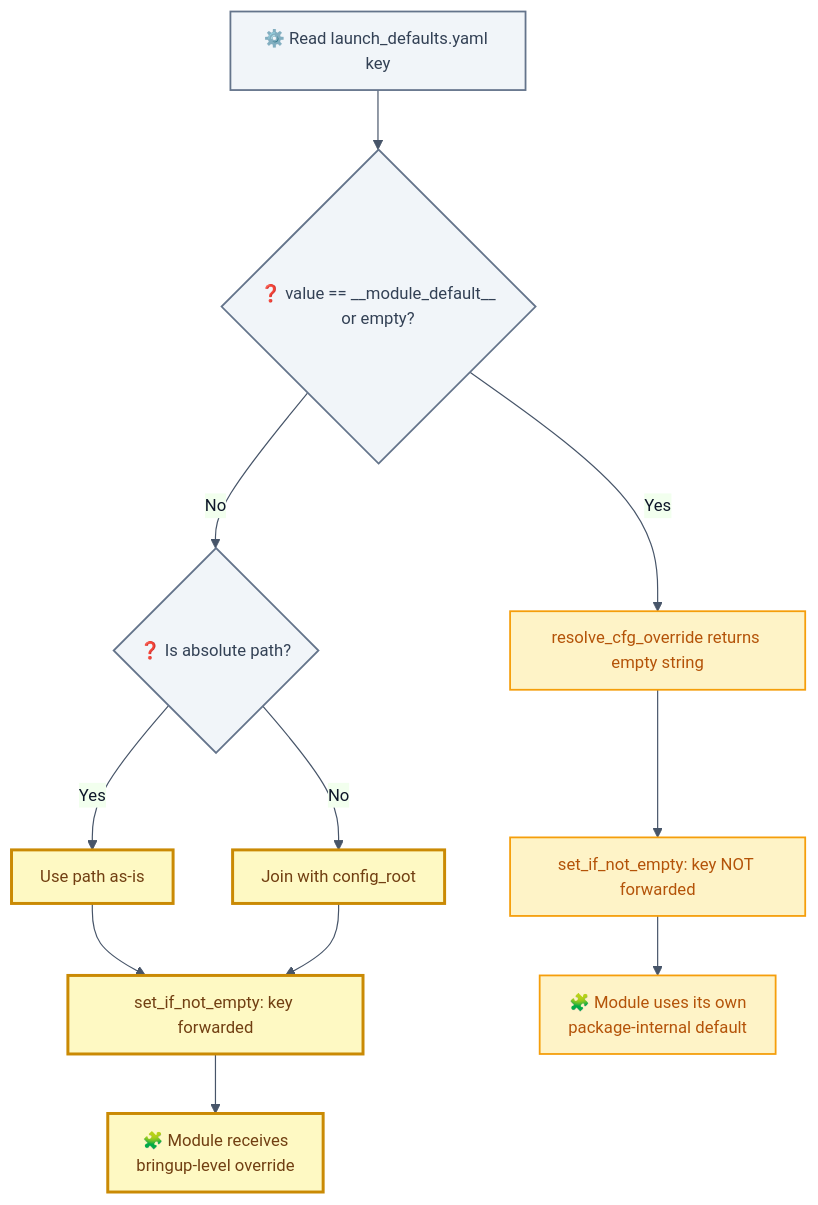
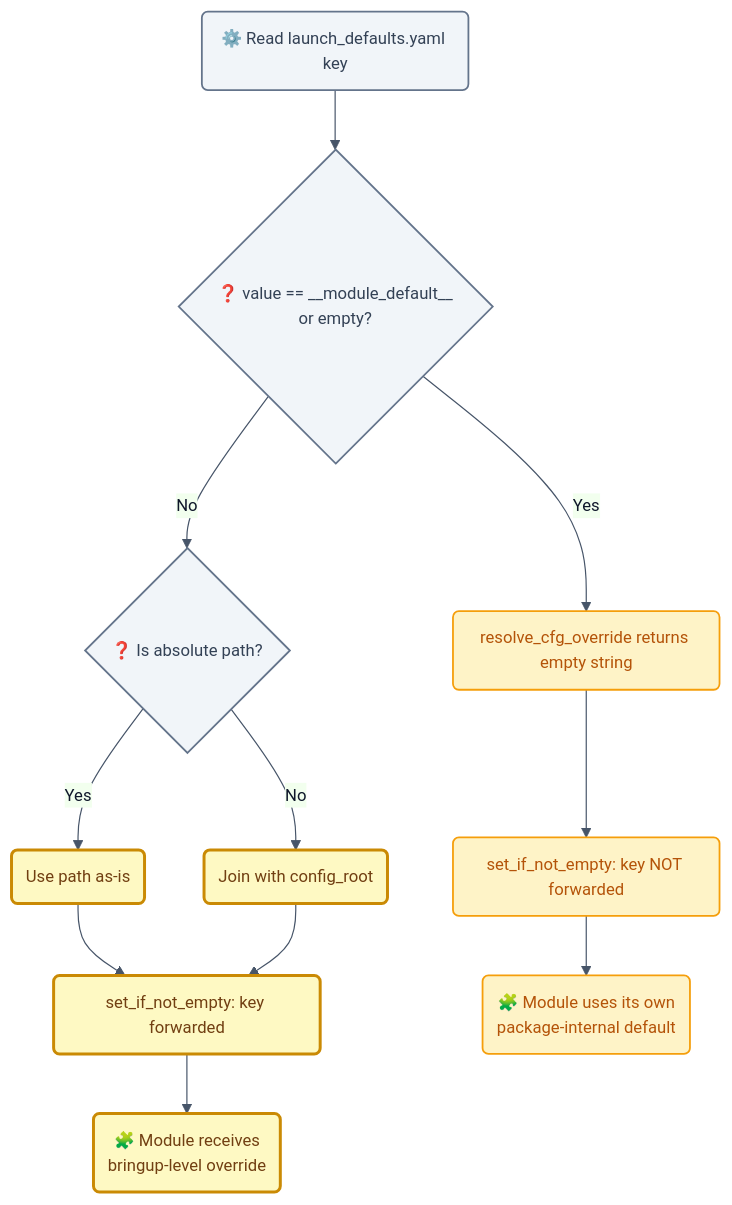
The third of 3 diagrams in camrod_bringup/README.md (hwanhonglee/CAMROD), drawn with Mermaid before and after one commit. The commit also changed other lines of this file and 12 other files, not shown here.

First line of the commit message:
docs(v4): unified Mermaid shape convention + runtime data flow diagram

````diff
--- a/camrod_bringup/README.md
+++ b/camrod_bringup/README.md
@@ -221,22 +221,22 @@
 ```mermaid
 %%{init: {'theme': 'base', 'themeVariables': {'fontFamily': 'ui-sans-serif, system-ui, sans-serif', 'fontSize': '14px', 'primaryColor': '#EEF2FF', 'primaryTextColor': '#0F172A', 'primaryBorderColor': '#6366F1', 'lineColor': '#475569'}, 'flowchart': {'curve': 'basis', 'htmlLabels': true, 'padding': 12}}}%%
 flowchart TD
   classDef mapping      fill:#FEF3C7,stroke:#F59E0B,stroke-width:1.5px,color:#B45309;
   classDef highlight    fill:#FEF9C3,stroke:#CA8A04,stroke-width:2.5px,color:#713F12;
   classDef system       fill:#F1F5F9,stroke:#64748B,stroke-width:1.5px,color:#334155;
 
-  A[⚙️ Read launch_defaults.yaml key] --> B{❓ value == __module_default__\nor empty?}
-  B -- Yes --> C[resolve_cfg_override returns empty string]
+  A(⚙️ Read launch_defaults.yaml key) --> B{❓ value == __module_default__\nor empty?}
+  B -- Yes --> C(resolve_cfg_override returns empty string)
   B -- No --> D{❓ Is absolute path?}
-  D -- Yes --> E[Use path as-is]
-  D -- No --> F[Join with config_root]
-  C --> G[set_if_not_empty: key NOT forwarded]
-  E --> H[set_if_not_empty: key forwarded]
+  D -- Yes --> E(Use path as-is)
+  D -- No --> F(Join with config_root)
+  C --> G(set_if_not_empty: key NOT forwarded)
+  E --> H(set_if_not_empty: key forwarded)
   F --> H
-  G --> I[🧩 Module uses its own\npackage-internal default]
-  H --> J[🧩 Module receives\nbringup-level override]
+  G --> I(🧩 Module uses its own\npackage-internal default)
+  H --> J(🧩 Module receives\nbringup-level override)
 
   class C,G,I mapping
   class E,F,H,J highlight
   class A,B,D system
 ```
````
